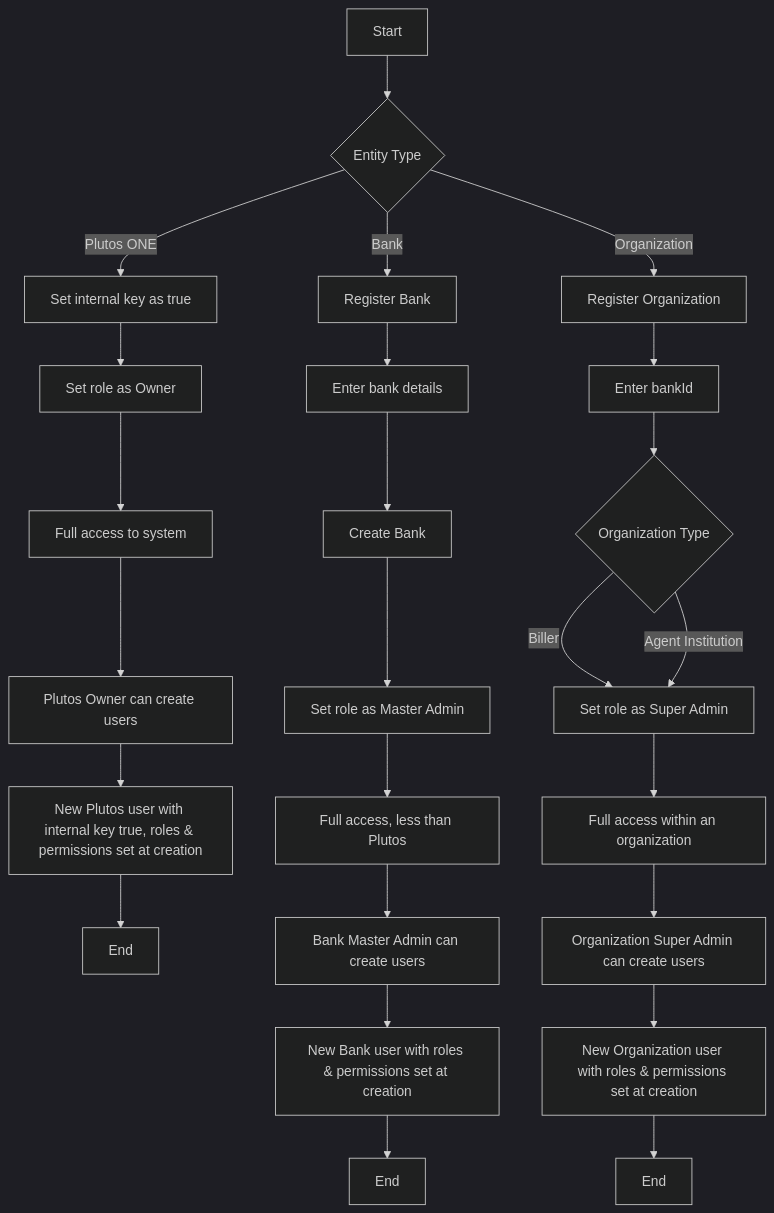
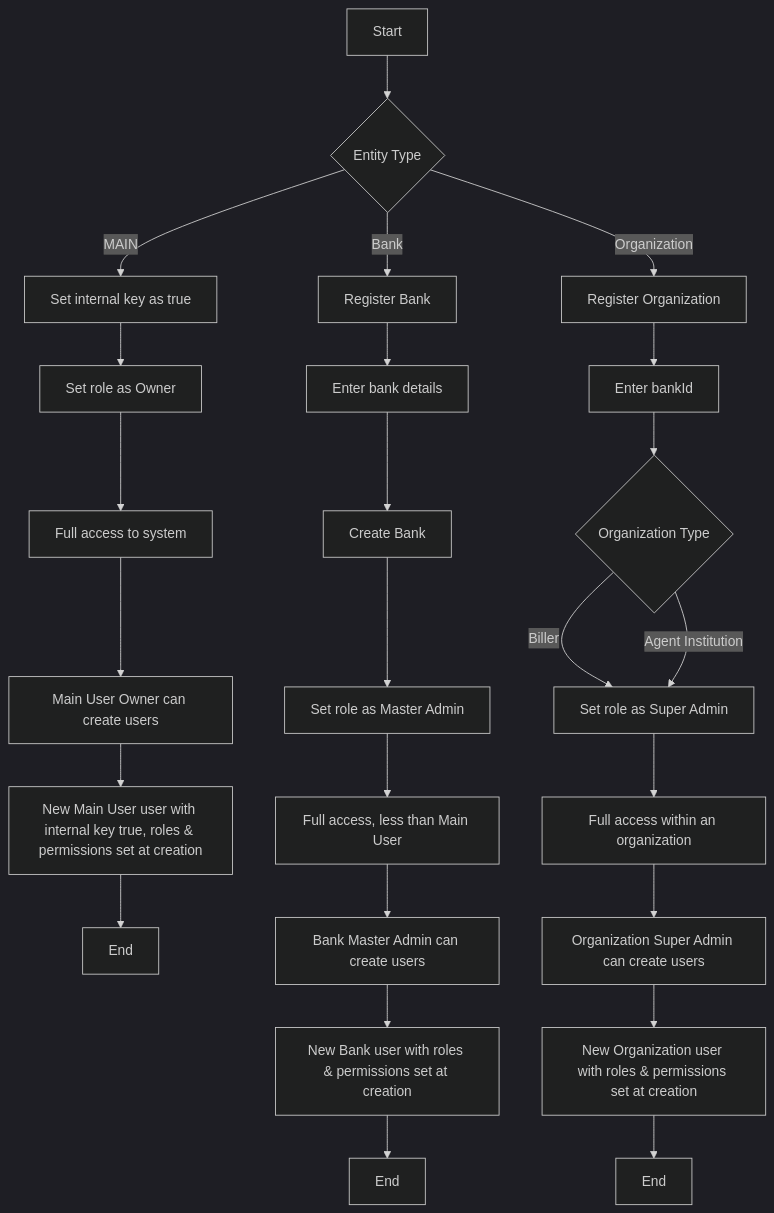
Before and after one commit to Forepine/authentication-server: the first of 2 diagrams in Readme.md, drawn with Mermaid (dark theme). The commit also changed other lines of this file, not shown here.

Commit message:
change name

````diff
--- a/Readme.md
+++ b/Readme.md
@@ -13,34 +13,34 @@
 ```mermaid
 graph TD
     A[Start] --> B{Entity Type}
     
-    %% Plutos ONE
-    B -->|Plutos ONE| C[Set internal key as true]
+    %% -
+    B -->|MAIN| C[Set internal key as true]
     C --> D[Set role as Owner]
     D --> E[Full access to system]
-    E --> F[Plutos Owner can create users]
-    F --> G[New Plutos user with internal key true, roles & permissions set at creation]
+    E --> F[Main User Owner can create users]
+    F --> G[New Main User user with internal key true, roles & permissions set at creation]
     G --> H[End]
     
     %% Bank
     B -->|Bank| I[Register Bank]
     I --> J[Enter bank details]
     J --> K[Create Bank]
     K --> L[Set role as Master Admin]
-    L --> M[Full access, less than Plutos]
+    L --> M[Full access, less than Main User]
     M --> N[Bank Master Admin can create users]
     N --> O[New Bank user with roles & permissions set at creation]
     O --> P[End]
     
     %% Organization
     B -->|Organization| Q[Register Organization]
     Q --> R[Enter bankId]
     R --> S{Organization Type}
     S -->|Biller| T[Set role as Super Admin]
     S -->|Agent Institution| T
     T --> U[Full access within an organization]
     U --> V[Organization Super Admin can create users]
     V --> W[New Organization user with roles & permissions set at creation]
     W --> X[End]
 
 ```
````
